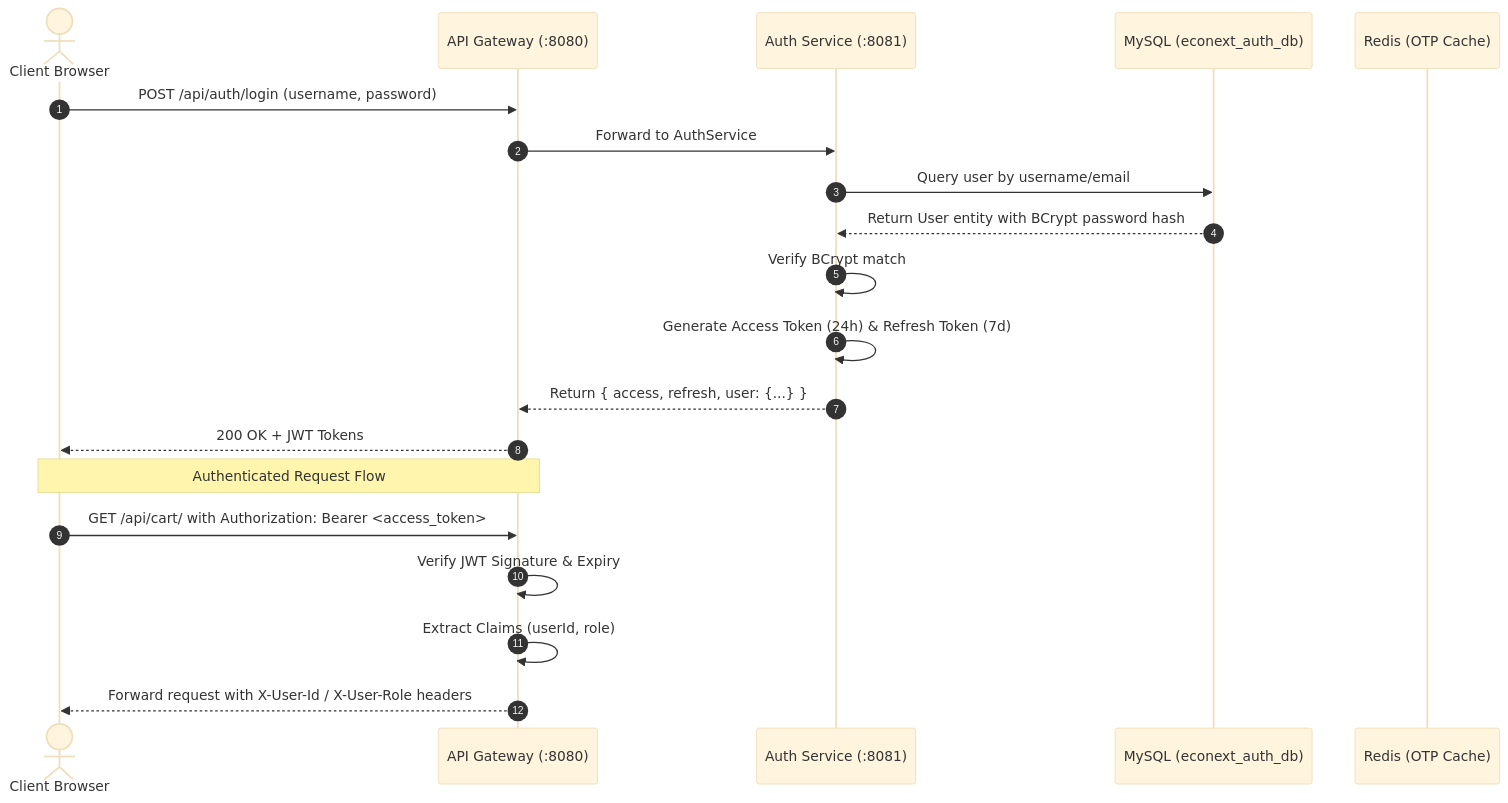
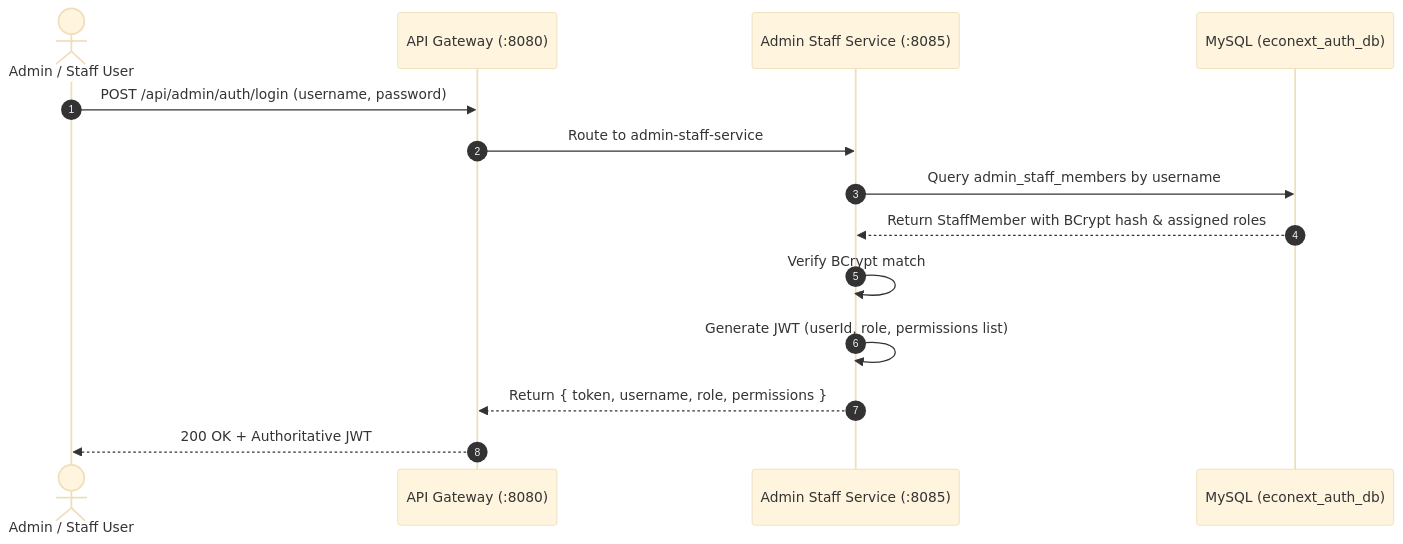
Before and after one commit to Jinkalkershiva/EcoNext-Ai-Integrated-Ecommerce-Platform: the fourth of 8 diagrams in README.md, drawn with Mermaid (base theme). The commit also changed other lines of this file and 79 other files, not shown here.

Commit message:
Fix admin staff authentication and portal UI

````diff
--- a/README.md
+++ b/README.md
@@ -304,24 +310,17 @@
 ```mermaid
 sequenceDiagram
     autonumber
-    actor User as Client Browser
+    actor Staff as Admin / Staff User
     participant Gateway as API Gateway (:8080)
-    participant Auth as Auth Service (:8081)
+    participant AdminSvc as Admin Staff Service (:8085)
     participant DB as MySQL (econext_auth_db)
-    participant Redis as Redis (OTP Cache)
 
-    User->>Gateway: POST /api/auth/login (username, password)
-    Gateway->>Auth: Forward to AuthService
-    Auth->>DB: Query user by username/email
-    DB-->>Auth: Return User entity with BCrypt password hash
-    Auth->>Auth: Verify BCrypt match
-    Auth->>Auth: Generate Access Token (24h) & Refresh Token (7d)
-    Auth-->>Gateway: Return { access, refresh, user: {...} }
-    Gateway-->>User: 200 OK + JWT Tokens
-
-    Note over User, Gateway: Authenticated Request Flow
-    User->>Gateway: GET /api/cart/ with Authorization: Bearer <access_token>
-    Gateway->>Gateway: Verify JWT Signature & Expiry
-    Gateway->>Gateway: Extract Claims (userId, role)
-    Gateway-->>User: Forward request with X-User-Id / X-User-Role headers
+    Staff->>Gateway: POST /api/admin/auth/login (username, password)
+    Gateway->>AdminSvc: Route to admin-staff-service
+    AdminSvc->>DB: Query admin_staff_members by username
+    DB-->>AdminSvc: Return StaffMember with BCrypt hash & assigned roles
+    AdminSvc->>AdminSvc: Verify BCrypt match
+    AdminSvc->>AdminSvc: Generate JWT (userId, role, permissions list)
+    AdminSvc-->>Gateway: Return { token, username, role, permissions }
+    Gateway-->>Staff: 200 OK + Authoritative JWT
 ```
````
